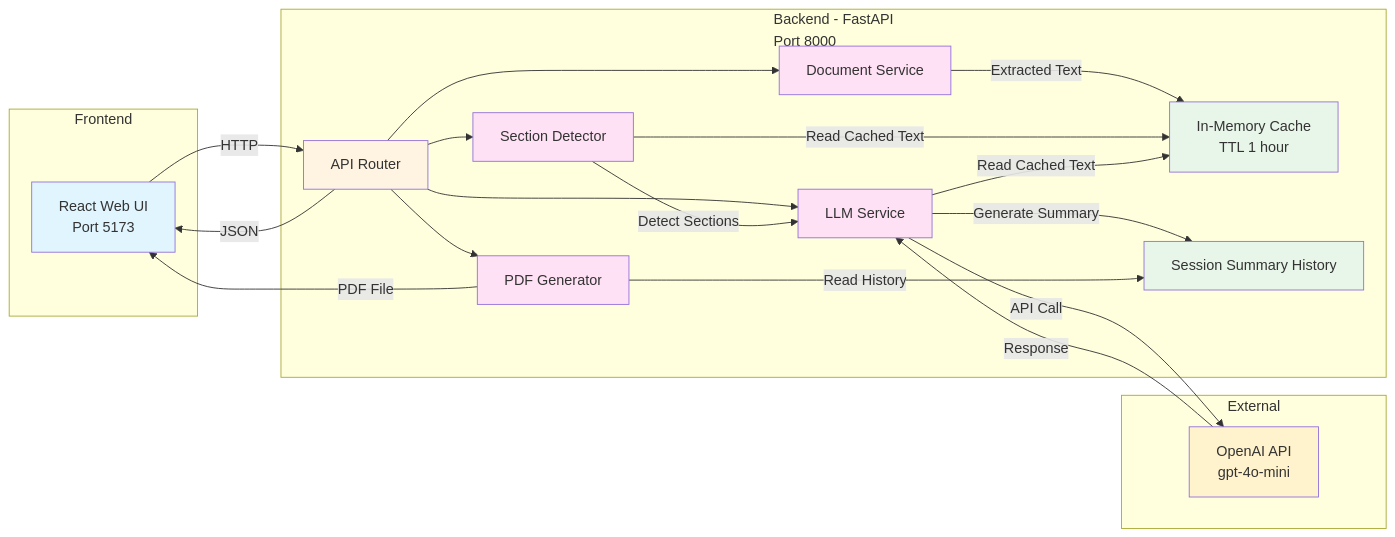
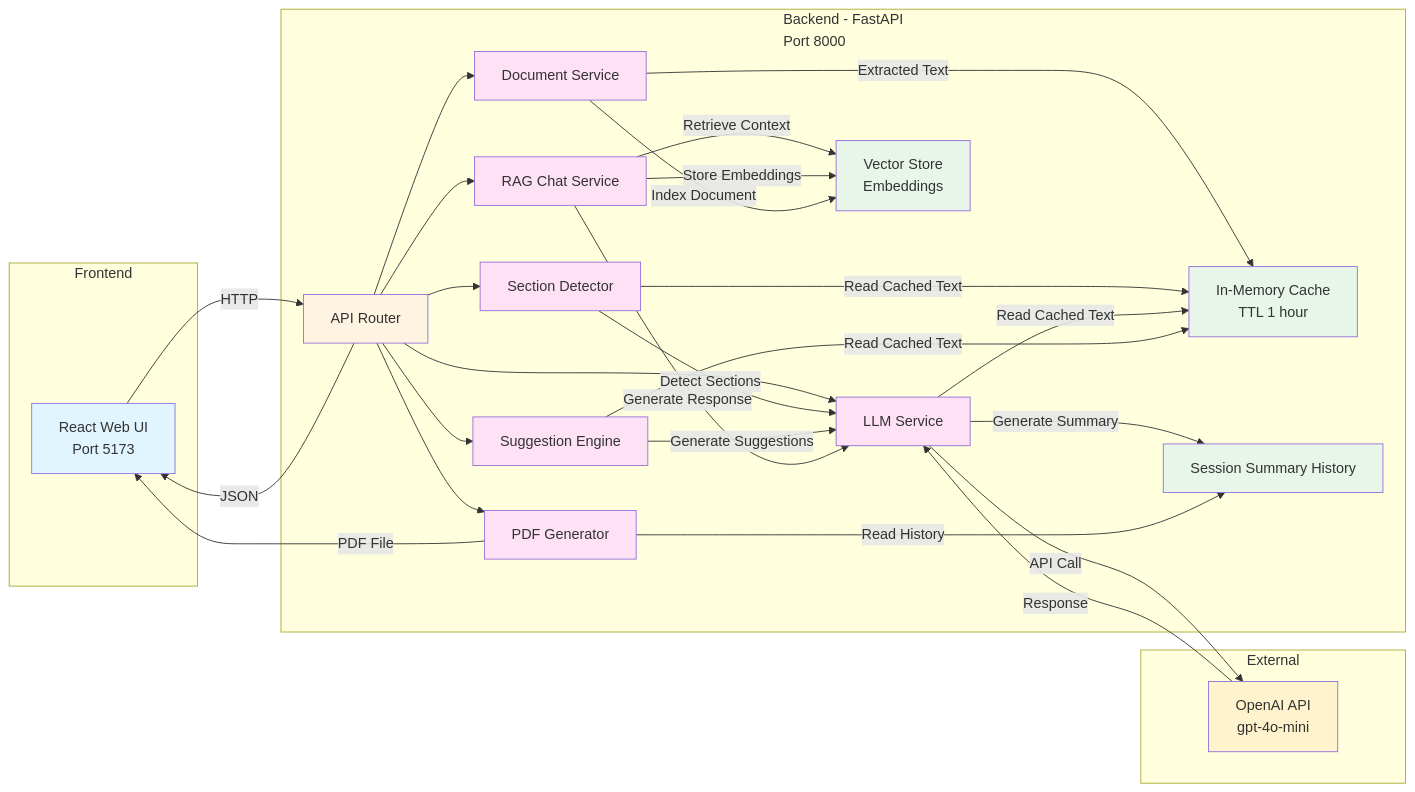
The diagram in README.md (cld2labs/FinSights), drawn with Mermaid before and after one commit. The commit also changed other lines of this file, not shown here.

````diff
--- a/README.md
+++ b/README.md
@@ -46,57 +48,72 @@
 ```mermaid
 graph LR
 
   %% ====== FRONTEND ======
   subgraph FE[Frontend]
     A[React Web UI<br/>Port 5173]
   end
 
   %% ====== BACKEND ======
   subgraph BE[Backend - FastAPI<br/>Port 8000]
     B[API Router]
     E[Document Service]
     S[Section Detector]
     D[LLM Service]
     K[PDF Generator]
+    SUG[Suggestion Engine]
+    CHAT[RAG Chat Service]
+    VEC[Vector Store<br/>Embeddings]
     G[In-Memory Cache<br/>TTL 1 hour]
     H[Session Summary History]
   end
 
   %% ====== EXTERNAL ======
   subgraph EXT[External]
     F[OpenAI API<br/>gpt-4o-mini]
   end
 
   %% ====== CONNECTIONS (ARCHITECTURE) ======
   A -->|HTTP| B
 
   B --> E
   B --> S
   B --> D
   B --> K
+  B --> SUG
+  B --> CHAT
 
   E -->|Extracted Text| G
   S -->|Read Cached Text| G
   S -->|Detect Sections| D
   D -->|Read Cached Text| G
   D -->|Generate Summary| H
   K -->|Read History| H
+  SUG -->|Read Cached Text| G
+  SUG -->|Generate Suggestions| D
+  
+  CHAT -->|Retrieve Context| VEC
+  CHAT -->|Generate Response| D
+  CHAT -->|Store Embeddings| VEC
+  E -->|Index Document| VEC
 
   D -->|API Call| F
   F -->|Response| D
 
   B -->|JSON| A
   K -->|PDF File| A
 
   %% ====== STYLES ======
   style A fill:#e1f5ff
   style B fill:#fff4e1
   style S fill:#ffe1f5
   style D fill:#ffe1f5
   style E fill:#ffe1f5
   style K fill:#ffe1f5
+  style SUG fill:#ffe1f5
+  style CHAT fill:#ffe1f5
   style F fill:#fff3cd
   style G fill:#e8f5e9
   style H fill:#e8f5e9
+  style VEC fill:#e8f5e9
 
 ```
````
